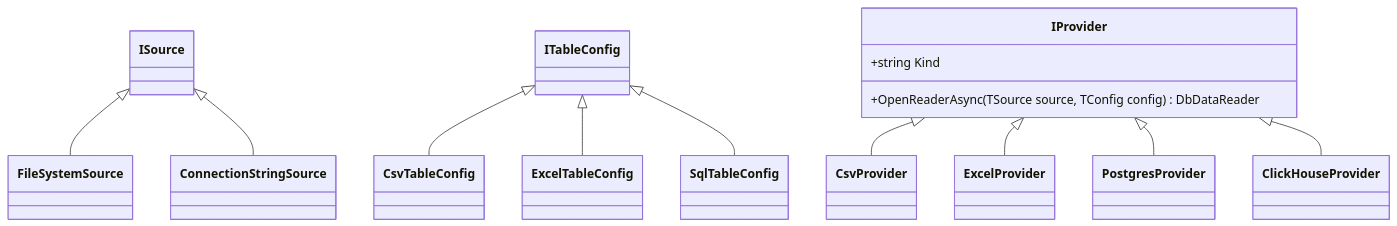
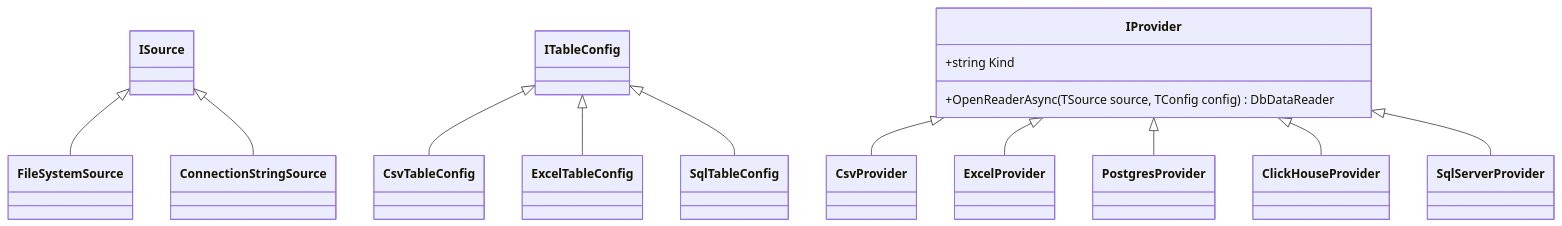
Before and after one commit to MikeKondr99/Loader: the first of 2 diagrams in docs/architecture.md, drawn with Mermaid. The commit also changed other lines of this file and 7 other files, not shown here.

Commit message:
sql server готов

````diff
--- a/docs/architecture.md
+++ b/docs/architecture.md
@@ -36,23 +36,24 @@
 ```mermaid
 classDiagram
     class ISource
     class ITableConfig
     class IProvider {
         +string Kind
     }
     class IProvider~TSource,TConfig~ {
         +OpenReaderAsync(TSource source, TConfig config) DbDataReader
     }
 
     ISource <|-- FileSystemSource
     ISource <|-- ConnectionStringSource
 
     ITableConfig <|-- CsvTableConfig
     ITableConfig <|-- ExcelTableConfig
     ITableConfig <|-- SqlTableConfig
 
     IProvider <|-- CsvProvider
     IProvider <|-- ExcelProvider
     IProvider <|-- PostgresProvider
     IProvider <|-- ClickHouseProvider
+    IProvider <|-- SqlServerProvider
 ```
````
